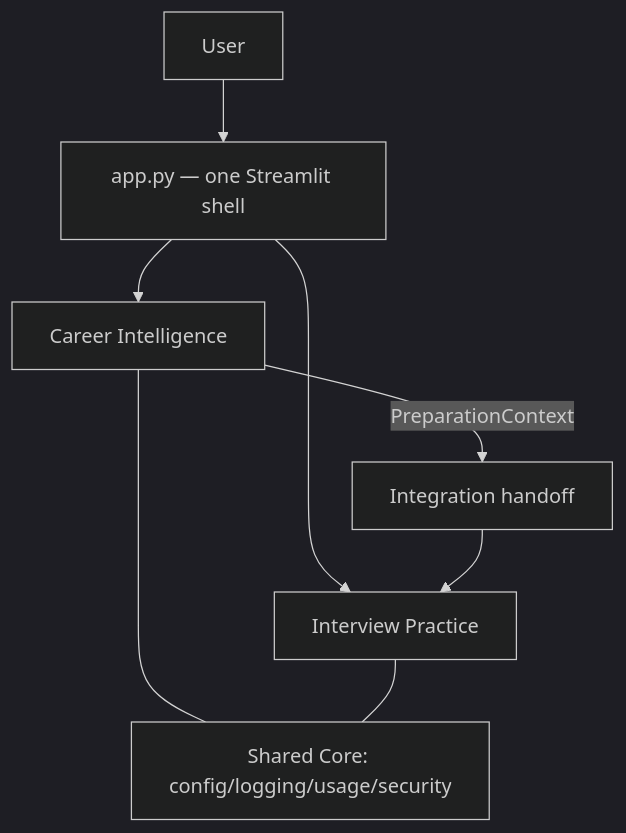
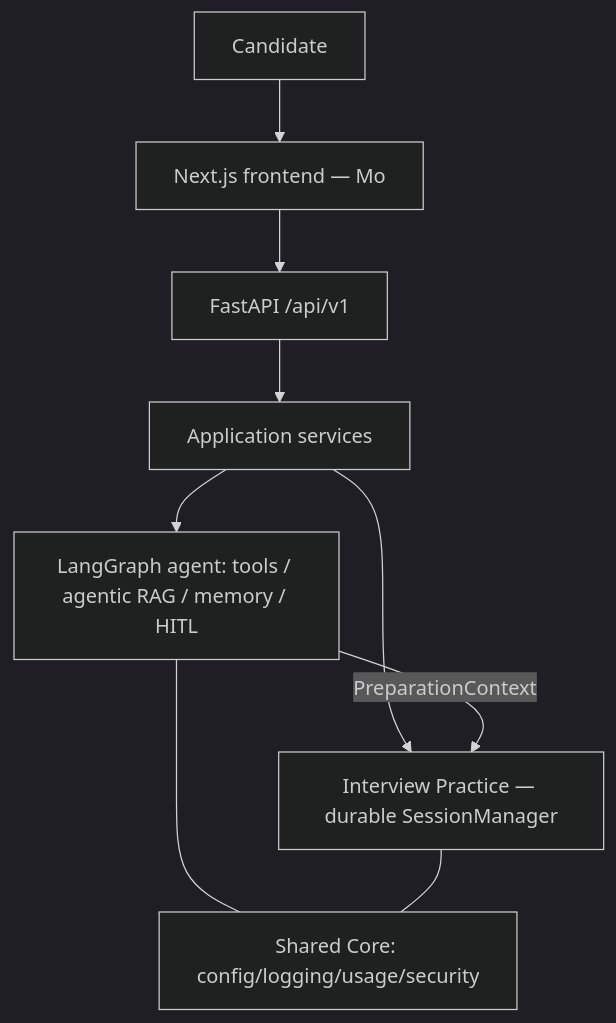
One commit to moaltamimi-unbiasedtalent/Intelligent-Interview-Coach changed the first of 2 diagrams in README.md. Above: the diagram before and after it, drawn with Mermaid (dark theme). The commit also changed other lines of this file, not shown here.

First line of the commit message:
docs(readme): one Ask4Mo product story — focused front door

````diff
--- a/README.md
+++ b/README.md
@@ -236,10 +143,11 @@
 ```mermaid
 flowchart TD
-    U[User] --> APP[app.py — one Streamlit shell]
-    APP --> CI[Career Intelligence]
-    APP --> IP[Interview Practice]
-    CI -->|PreparationContext| INT[Integration handoff]
-    INT --> IP
-    CI --- CORE[Shared Core: config/logging/usage/security]
+    U[Candidate] --> FE[Next.js frontend — Mo]
+    FE --> API[FastAPI /api/v1]
+    API --> APP[Application services]
+    APP --> AG[LangGraph agent: tools / agentic RAG / memory / HITL]
+    APP --> IP[Interview Practice — durable SessionManager]
+    AG -->|PreparationContext| IP
+    AG --- CORE[Shared Core: config/logging/usage/security]
     IP --- CORE
 ```
````
